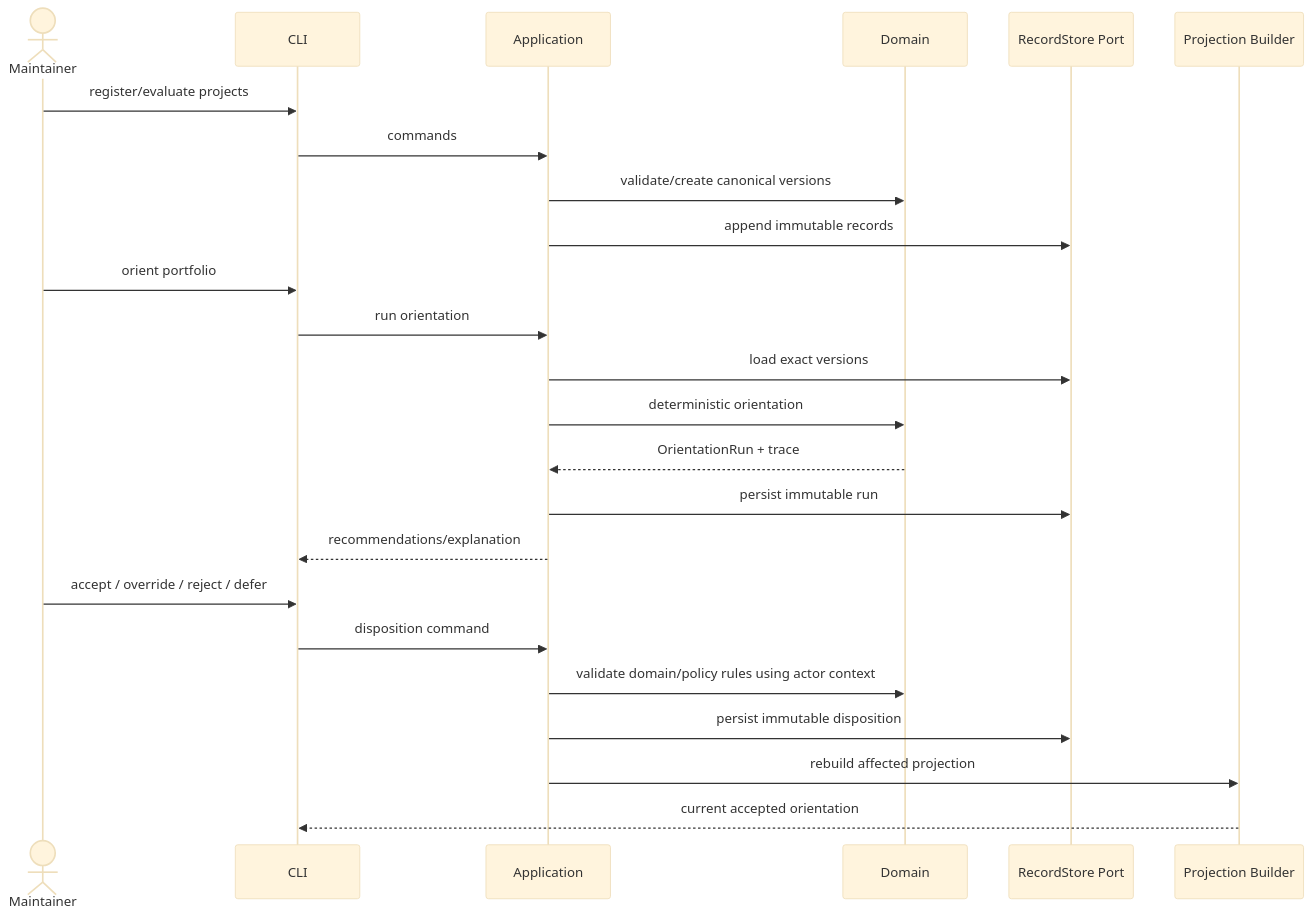
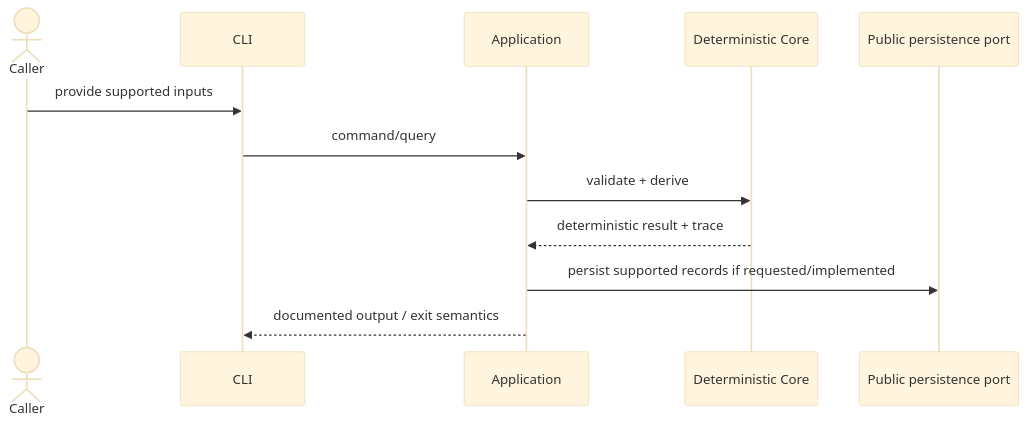
Before and after one commit to hackelia-micrantha/calathea-community: the third of 3 diagrams in docs/architecture/system-context.md, drawn with Mermaid (base theme). The commit also changed other lines of this file, not shown here.

Commit message:
docs: scope system context to community kernel

````diff
--- a/docs/architecture/system-context.md
+++ b/docs/architecture/system-context.md
@@ -111,29 +109,15 @@
 ```mermaid
 sequenceDiagram
-    actor U as Maintainer
+    actor U as Caller
     participant CLI
     participant APP as Application
-    participant D as Domain
-    participant R as RecordStore Port
-    participant P as Projection Builder
+    participant D as Deterministic Core
+    participant R as Public persistence port
 
-    U->>CLI: register/evaluate projects
-    CLI->>APP: commands
-    APP->>D: validate/create canonical versions
-    APP->>R: append immutable records
-
-    U->>CLI: orient portfolio
-    CLI->>APP: run orientation
-    APP->>R: load exact versions
-    APP->>D: deterministic orientation
-    D-->>APP: OrientationRun + trace
-    APP->>R: persist immutable run
-    APP-->>CLI: recommendations/explanation
-
-    U->>CLI: accept / override / reject / defer
-    CLI->>APP: disposition command
-    APP->>D: validate domain/policy rules using actor context
-    APP->>R: persist immutable disposition
-    APP->>P: rebuild affected projection
-    P-->>CLI: current accepted orientation
+    U->>CLI: provide supported inputs
+    CLI->>APP: command/query
+    APP->>D: validate + derive
+    D-->>APP: deterministic result + trace
+    APP->>R: persist supported records if requested/implemented
+    APP-->>CLI: documented output / exit semantics
 ```
````
